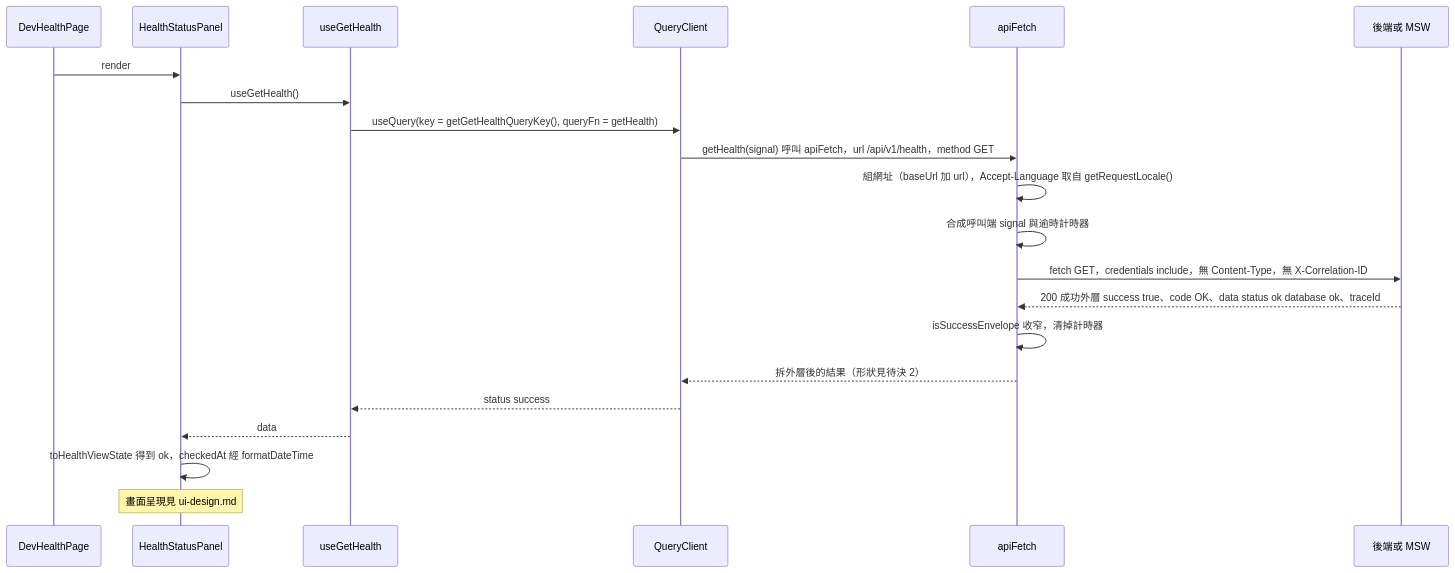
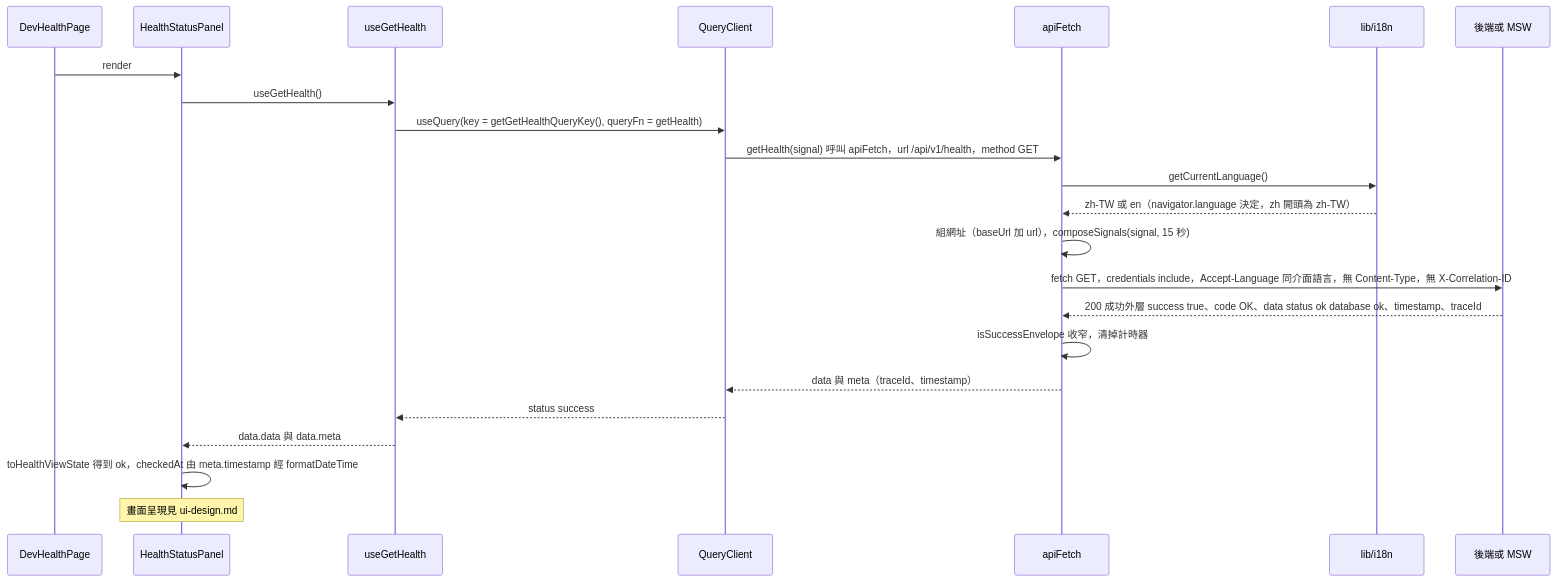
The third of 14 diagrams in openspec/changes/frontend-skeleton/system-design.md (label-suite/label-suite), drawn with Mermaid before and after one commit. The commit also changed other lines of this file and 4 other files, not shown here.

````diff
--- a/openspec/changes/frontend-skeleton/system-design.md
+++ b/openspec/changes/frontend-skeleton/system-design.md
@@ -513,23 +544,25 @@
 ```mermaid
 sequenceDiagram
   participant Page as DevHealthPage
   participant Panel as HealthStatusPanel
   participant Hook as useGetHealth
   participant QC as QueryClient
   participant Mut as apiFetch
+  participant I18n as lib/i18n
   participant Net as 後端或 MSW
   Page->>Panel: render
   Panel->>Hook: useGetHealth()
   Hook->>QC: useQuery(key = getGetHealthQueryKey(), queryFn = getHealth)
   QC->>Mut: getHealth(signal) 呼叫 apiFetch，url /api/v1/health，method GET
-  Mut->>Mut: 組網址（baseUrl 加 url），Accept-Language 取自 getRequestLocale()
-  Mut->>Mut: 合成呼叫端 signal 與逾時計時器
-  Mut->>Net: fetch GET，credentials include，無 Content-Type，無 X-Correlation-ID
-  Net-->>Mut: 200 成功外層 success true、code OK、data status ok database ok、traceId
+  Mut->>I18n: getCurrentLanguage()
+  I18n-->>Mut: zh-TW 或 en（navigator.language 決定，zh 開頭為 zh-TW）
+  Mut->>Mut: 組網址（baseUrl 加 url），composeSignals(signal, 15 秒)
+  Mut->>Net: fetch GET，credentials include，Accept-Language 同介面語言，無 Content-Type，無 X-Correlation-ID
+  Net-->>Mut: 200 成功外層 success true、code OK、data status ok database ok、timestamp、traceId
   Mut->>Mut: isSuccessEnvelope 收窄，清掉計時器
-  Mut-->>QC: 拆外層後的結果（形狀見待決 2）
+  Mut-->>QC: data 與 meta（traceId、timestamp）
   QC-->>Hook: status success
-  Hook-->>Panel: data
-  Panel->>Panel: toHealthViewState 得到 ok，checkedAt 經 formatDateTime
+  Hook-->>Panel: data.data 與 data.meta
+  Panel->>Panel: toHealthViewState 得到 ok，checkedAt 由 meta.timestamp 經 formatDateTime
   Note over Panel: 畫面呈現見 ui-design.md
 ```
````
